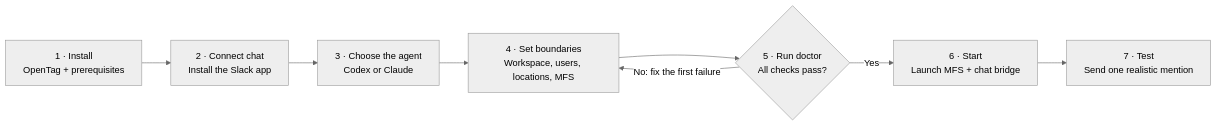
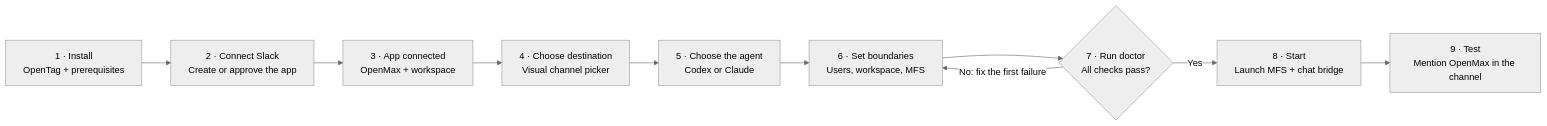
Before and after one commit to klovr-co/hover-tag: the second of 18 diagrams in docs/user-flows.md, drawn with Mermaid (neutral theme). The commit also changed other lines of this file and 57 other files, not shown here.

````diff
--- a/docs/user-flows.md
+++ b/docs/user-flows.md
@@ -78,14 +78,16 @@
 ```mermaid
 flowchart LR
     A["1 · Install<br/>OpenTag + prerequisites"]
-    B["2 · Connect chat<br/>Install the Slack app"]
-    C["3 · Choose the agent<br/>Codex or Claude"]
-    D["4 · Set boundaries<br/>Workspace, users, locations, MFS"]
-    E{"5 · Run doctor<br/>All checks pass?"}
-    F["6 · Start<br/>Launch MFS + chat bridge"]
-    G["7 · Test<br/>Send one realistic mention"]
+    B["2 · Connect Slack<br/>Create or approve the app"]
+    C["3 · App connected<br/>OpenMax + workspace"]
+    D["4 · Choose destination<br/>Visual channel picker"]
+    E["5 · Choose the agent<br/>Codex or Claude"]
+    F["6 · Set boundaries<br/>Users, workspace, MFS"]
+    G{"7 · Run doctor<br/>All checks pass?"}
+    H["8 · Start<br/>Launch MFS + chat bridge"]
+    I["9 · Test<br/>Mention OpenMax in the channel"]
 
-    A --> B --> C --> D --> E
-    E -->|No: fix the first failure| D
-    E -->|Yes| F --> G
+    A --> B --> C --> D --> E --> F --> G
+    G -->|No: fix the first failure| F
+    G -->|Yes| H --> I
 ```
````
